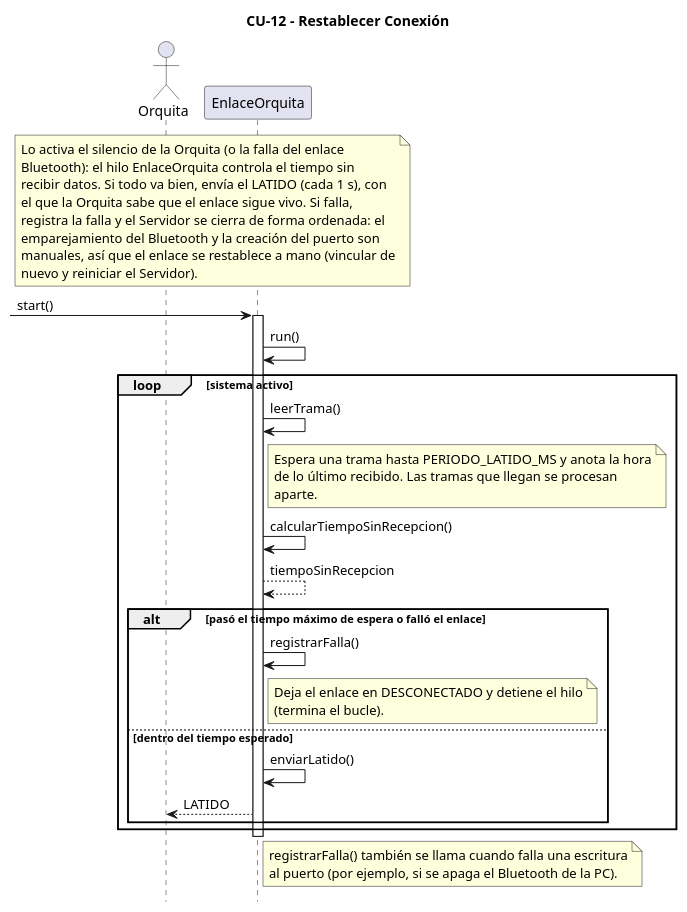
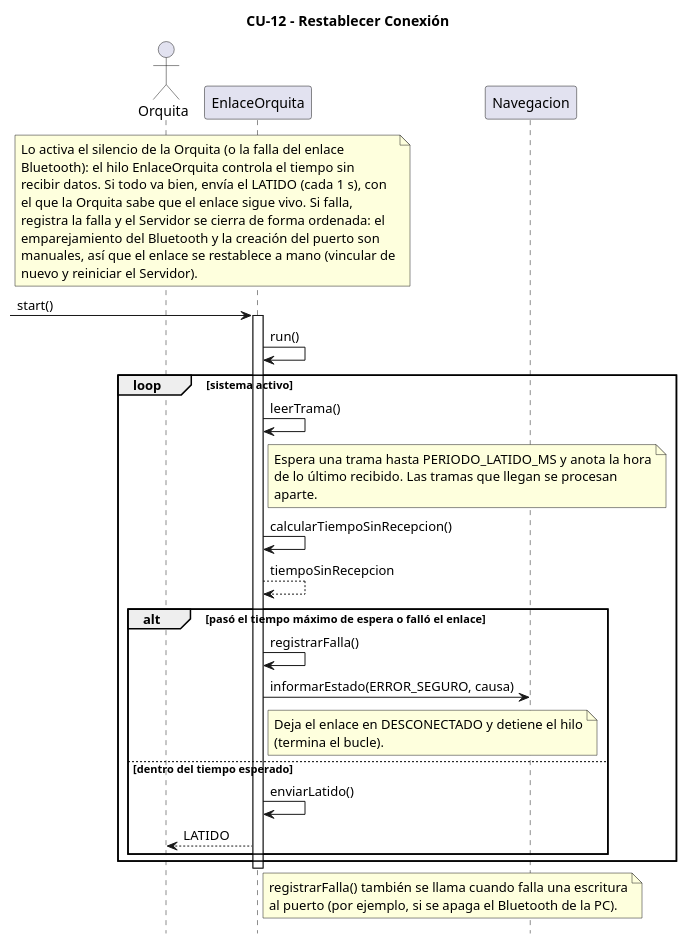
Before and after one commit to lautaro-geli/sistema-orquita: the seventh of 7 diagrams in docs/diseno/Orquitas_Vistas_Secuencia_Modulo_Servidor_v5.puml, drawn with PlantUML. The commit also changed other lines of this file and 7 other files, not shown here.

First line of the commit message:
feat: enum EstadoOrquita con los 6 estados del Diagrama de Estados

```diff
--- a/docs/diseno/Orquitas_Vistas_Secuencia_Modulo_Servidor_v5.puml
+++ b/docs/diseno/Orquitas_Vistas_Secuencia_Modulo_Servidor_v5.puml
@@ -309,53 +314,55 @@
 @startuml CU12_RestablecerConexion
 title CU-12 - Restablecer Conexión
 hide footbox
 
 actor Orquita
 participant EnlaceOrquita
+participant Navegacion
 
 note over Orquita, EnlaceOrquita
   Lo activa el silencio de la Orquita (o la falla del enlace
   Bluetooth): el hilo EnlaceOrquita controla el tiempo sin
   recibir datos. Si todo va bien, envía el LATIDO (cada 1 s), con
   el que la Orquita sabe que el enlace sigue vivo. Si falla,
   registra la falla y el Servidor se cierra de forma ordenada: el
   emparejamiento del Bluetooth y la creación del puerto son
   manuales, así que el enlace se restablece a mano (vincular de
   nuevo y reiniciar el Servidor).
 end note
 
 [-> EnlaceOrquita : start()
 activate EnlaceOrquita
 EnlaceOrquita -> EnlaceOrquita : run()
 
 loop sistema activo
     EnlaceOrquita -> EnlaceOrquita : leerTrama()
     note right of EnlaceOrquita
       Espera una trama hasta PERIODO_LATIDO_MS y anota la hora
       de lo último recibido. Las tramas que llegan se procesan
       aparte.
     end note
 
     EnlaceOrquita -> EnlaceOrquita : calcularTiempoSinRecepcion()
     EnlaceOrquita --> EnlaceOrquita : tiempoSinRecepcion
 
     alt pasó el tiempo máximo de espera o falló el enlace
         EnlaceOrquita -> EnlaceOrquita : registrarFalla()
+        EnlaceOrquita -> Navegacion : informarEstado(ERROR_SEGURO, causa)
         note right of EnlaceOrquita
           Deja el enlace en DESCONECTADO y detiene el hilo
           (termina el bucle).
         end note
 
     else dentro del tiempo esperado
         EnlaceOrquita -> EnlaceOrquita : enviarLatido()
         EnlaceOrquita --> Orquita : LATIDO
     end
 end
 
 deactivate EnlaceOrquita
 
 note right of EnlaceOrquita
   registrarFalla() también se llama cuando falla una escritura
   al puerto (por ejemplo, si se apaga el Bluetooth de la PC).
 end note
 @enduml
```
